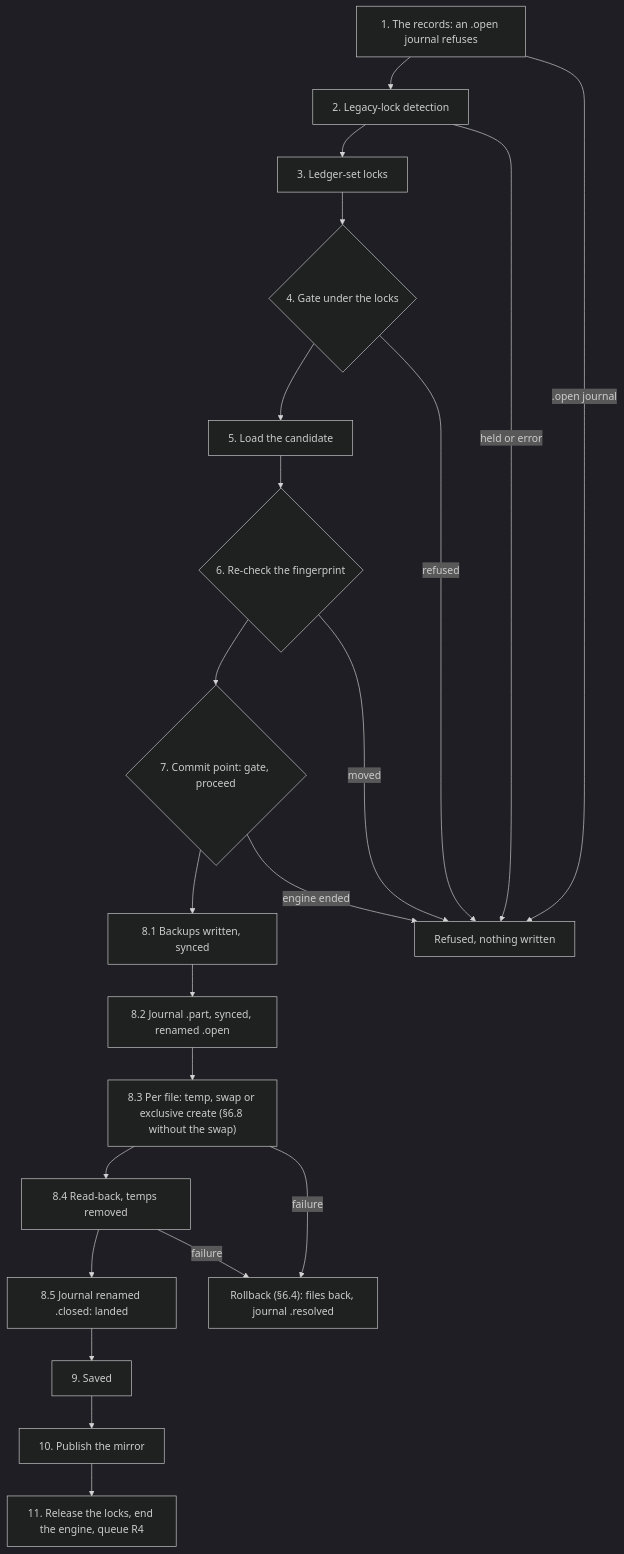
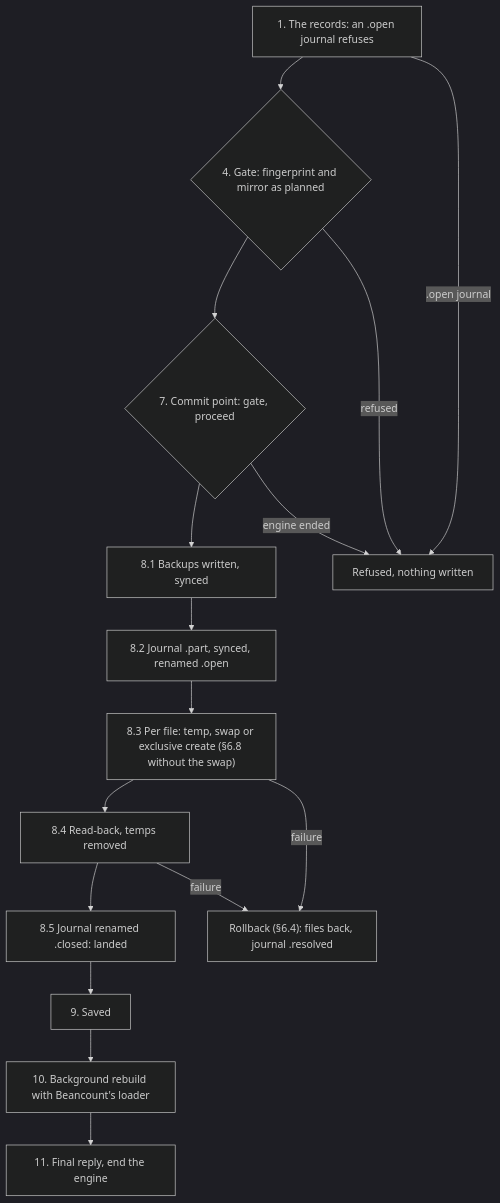
Before and after one commit to sagarbehere/finzytrack: the first of 2 diagrams in design/specs/engine-jobs.md, drawn with Mermaid (dark theme). The commit also changed other lines of this file and 22 other files, not shown here.

````diff
--- a/design/specs/engine-jobs.md
+++ b/design/specs/engine-jobs.md
@@ -159,24 +165,18 @@
 ```mermaid
 flowchart TB
-  records["1. The records: an .open journal refuses"] --> legacy["2. Legacy-lock detection"]
-  legacy --> locks["3. Ledger-set locks"]
-  locks --> gate{"4. Gate under the locks"}
-  gate --> load["5. Load the candidate"]
-  load --> recheck{"6. Re-check the fingerprint"}
-  recheck --> commit{"7. Commit point: gate, proceed"}
+  records["1. The records: an .open journal refuses"] --> gate{"4. Gate: fingerprint and mirror as planned"}
+  gate --> commit{"7. Commit point: gate, proceed"}
   commit --> backups["8.1 Backups written, synced"]
   backups --> journal["8.2 Journal .part, synced, renamed .open"]
   journal --> swaps["8.3 Per file: temp, swap or exclusive create (§6.8 without the swap)"]
   swaps --> readback["8.4 Read-back, temps removed"]
   readback --> closed["8.5 Journal renamed .closed: landed"]
   closed --> saved["9. Saved"]
-  saved --> publish["10. Publish the mirror"]
-  publish --> release["11. Release the locks, end the engine, queue R4"]
+  saved --> rebuild["10. Background rebuild with Beancount's loader"]
+  rebuild --> done["11. Final reply, end the engine"]
   records -- ".open journal" --> refused["Refused, nothing written"]
-  legacy -- "held or error" --> refused
   gate -- "refused" --> refused
-  recheck -- "moved" --> refused
   commit -- "engine ended" --> refused
   swaps -- "failure" --> rollback["Rollback (§6.4): files back, journal .resolved"]
   readback -- "failure" --> rollback
 ```
````
